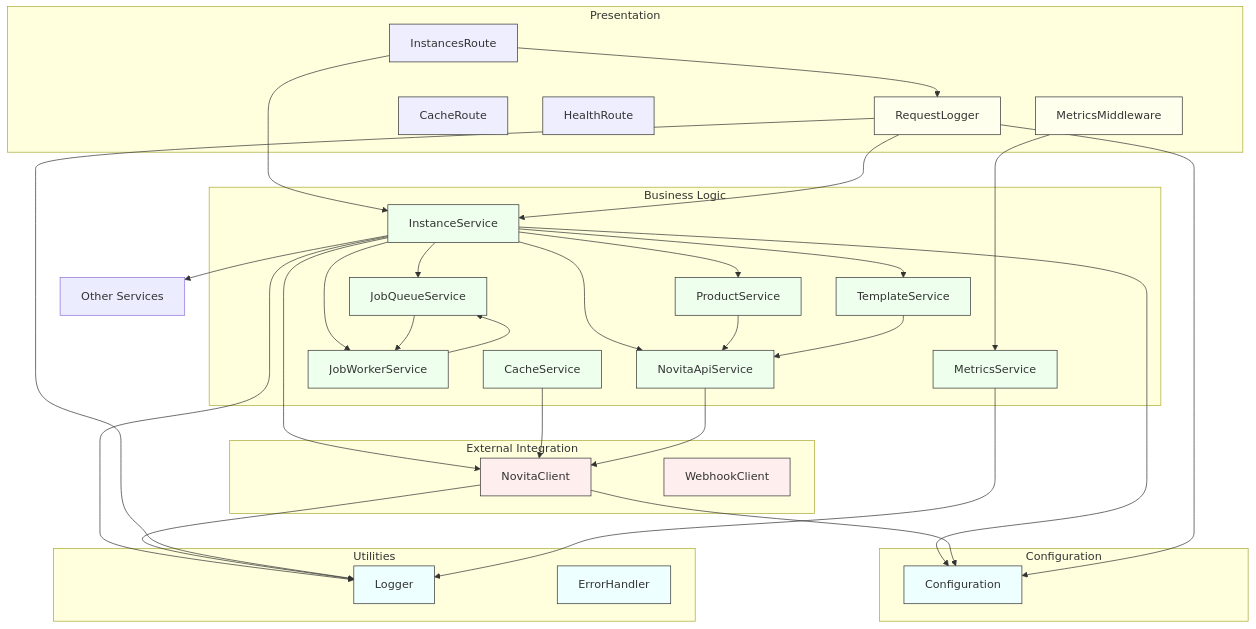
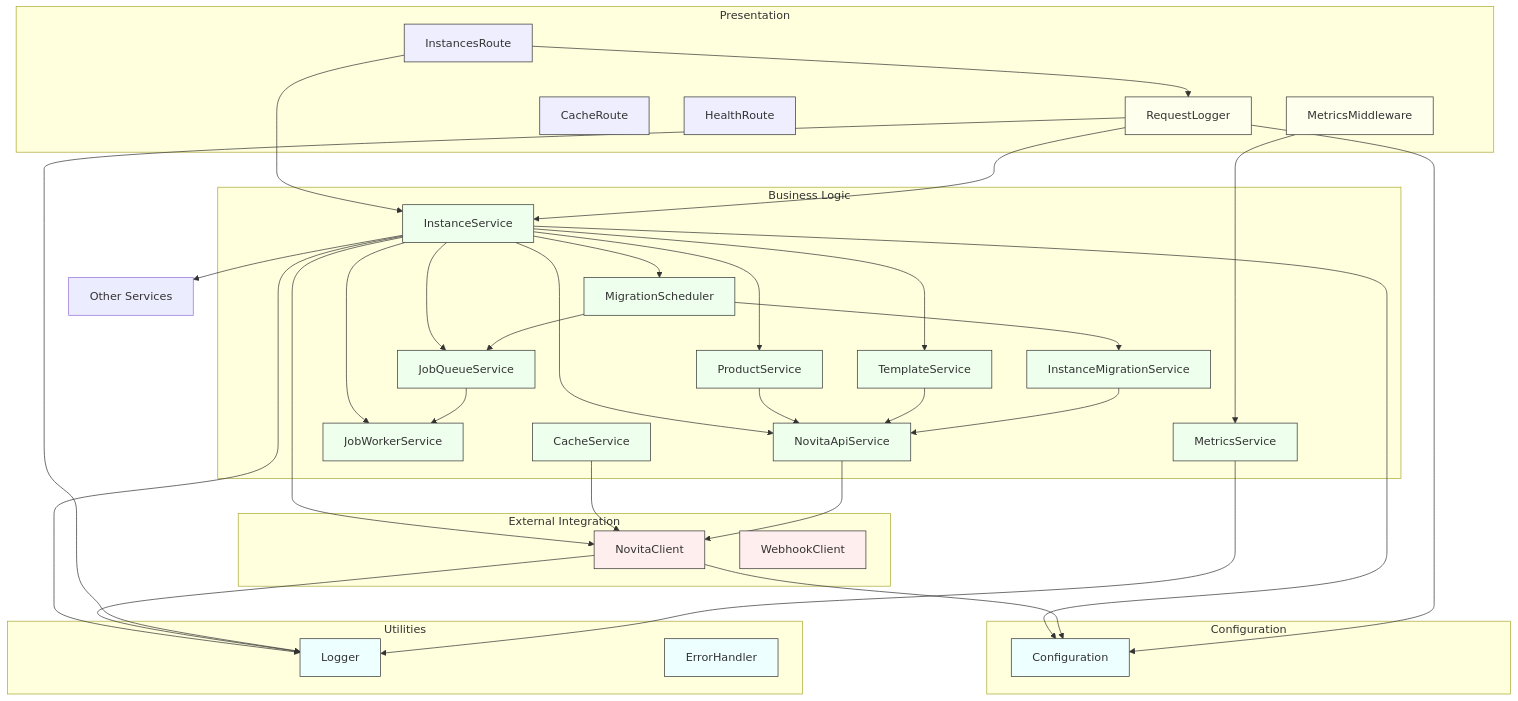
One commit to sontl/novita-ai-api changed the ninth of 9 diagrams in .qoder/repowiki/en/content/Service Architecture/Service Architecture.md. Above: the diagram before and after it, drawn with Mermaid. The commit also changed other lines of this file and 76 other files, not shown here.

````diff
--- a/.qoder/repowiki/en/content/Service Architecture/Service Architecture.md
+++ b/.qoder/repowiki/en/content/Service Architecture/Service Architecture.md
@@ -443,73 +487,80 @@
 ```mermaid
 graph TD
 A[Routes] --> B[Services]
 B --> C[Clients]
 B --> D[Other Services]
 A --> E[Middleware]
 B --> F[Configuration]
 B --> G[Utilities]
 C --> F
 C --> G
 E --> G
 E --> F
 E --> B
 subgraph "Configuration"
 F
 end
 subgraph "Utilities"
 G[Logger]
 H[ErrorHandler]
 end
 subgraph "External Integration"
 C[NovitaClient]
 I[WebhookClient]
 end
 subgraph "Business Logic"
 B[InstanceService]
 J[ProductService]
 K[TemplateService]
 L[CacheService]
 M[MetricsService]
 N[JobQueueService]
 O[JobWorkerService]
 P[NovitaApiService]
+Q[MigrationScheduler]
+R[InstanceMigrationService]
 end
 subgraph "Presentation"
 A[InstancesRoute]
-Q[CacheRoute]
-R[HealthRoute]
+S[CacheRoute]
+T[HealthRoute]
 E[RequestLogger]
-S[MetricsMiddleware]
+U[MetricsMiddleware]
 end
 B --> J
 B --> K
 B --> N
 B --> O
 B --> P
+B --> Q
 J --> P
 K --> P
 L --> C
 M --> G
 N --> O
 P --> C
-S --> M
-O --> N
+U --> M
+Q --> R
+Q --> N
+R --> P
 style F fill:#eff,stroke:#333
 style G fill:#eff,stroke:#333
 style H fill:#eff,stroke:#333
 style C fill:#fee,stroke:#333
 style I fill:#fee,stroke:#333
 style B fill:#efe,stroke:#333
 style J fill:#efe,stroke:#333
 style K fill:#efe,stroke:#333
 style L fill:#efe,stroke:#333
 style M fill:#efe,stroke:#333
 style N fill:#efe,stroke:#333
 style O fill:#efe,stroke:#333
 style P fill:#efe,stroke:#333
+style Q fill:#efe,stroke:#333
+style R fill:#efe,stroke:#333
 style A fill:#eef,stroke:#333
-style Q fill:#eef,stroke:#333
-style R fill:#eef,stroke:#333
+style S fill:#eef,stroke:#333
+style T fill:#eef,stroke:#333
 style E fill:#ffe,stroke:#333
-style S fill:#ffe,stroke:#333
+style U fill:#ffe,stroke:#333
 ```
````
